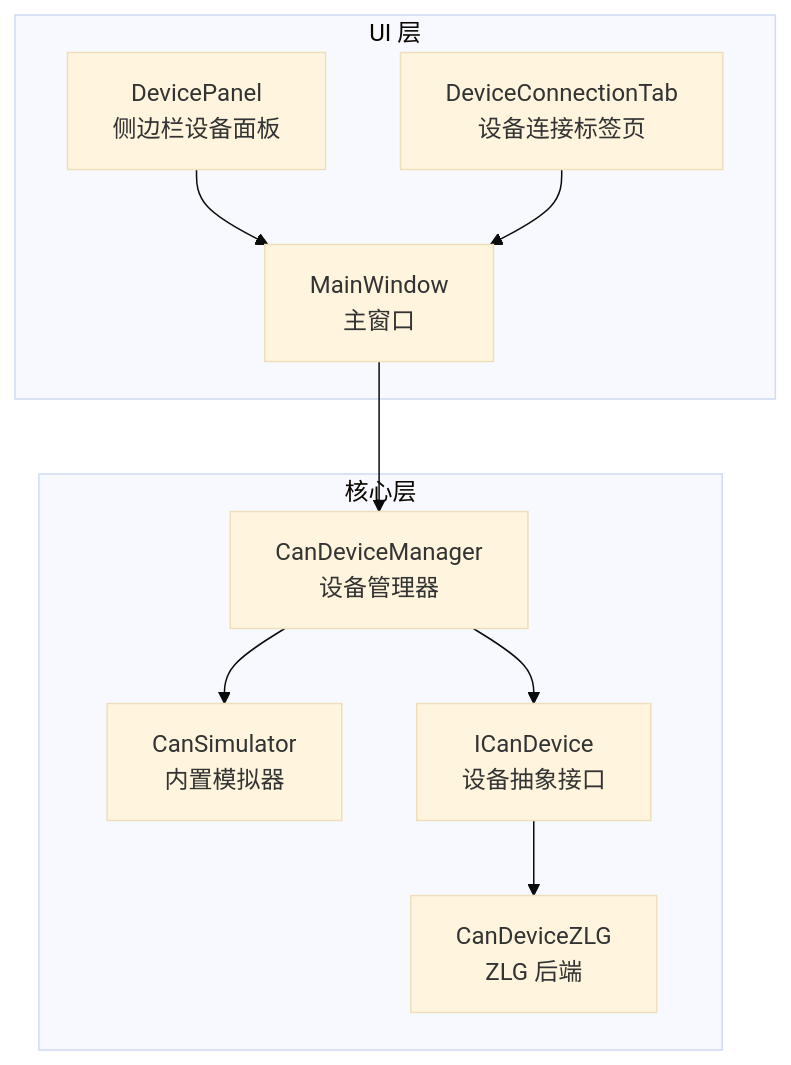
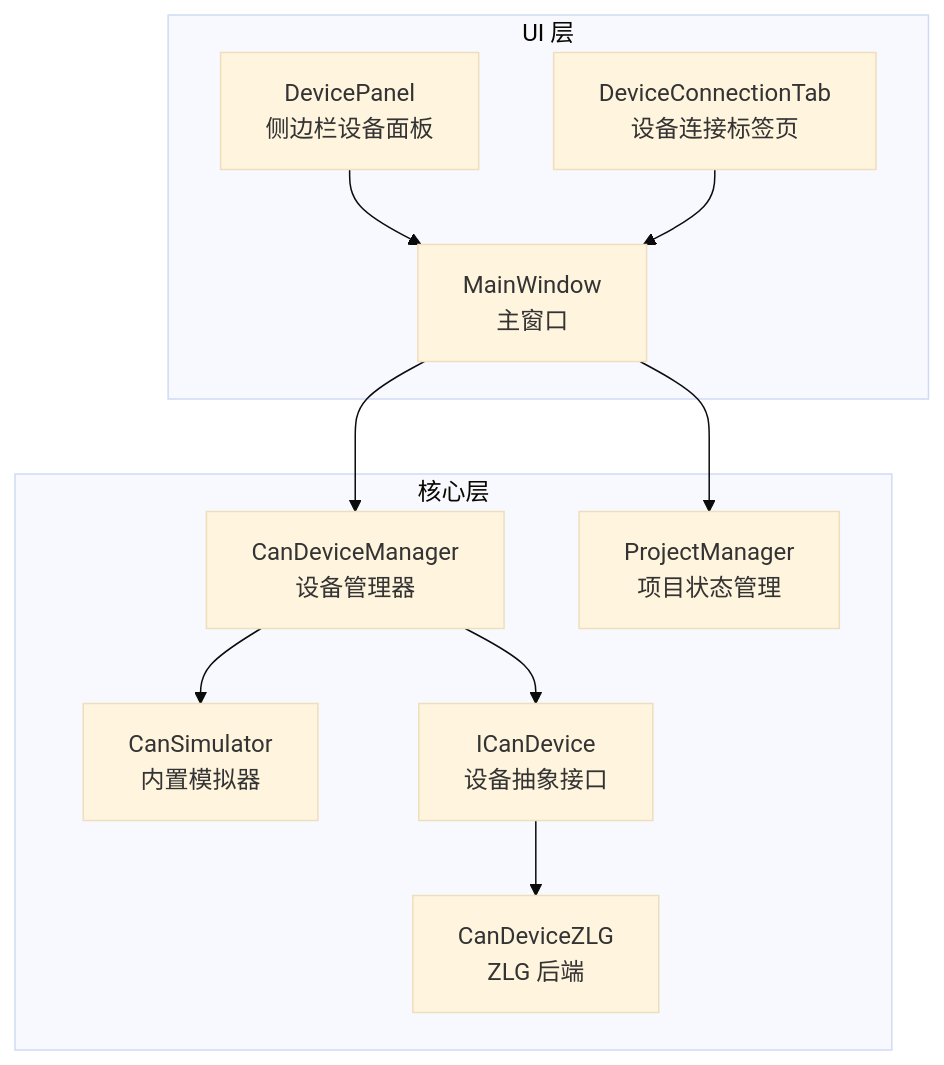
Before and after one commit to jakecai1225-design/OpenBus: the first of 5 diagrams in .qoder/repowiki/zh/content/架构设计/UI系统设计/设备连接界面.md, drawn with Mermaid (base theme). The commit also changed other lines of this file and 9 other files, not shown here.

````diff
--- a/.qoder/repowiki/zh/content/架构设计/UI系统设计/设备连接界面.md
+++ b/.qoder/repowiki/zh/content/架构设计/UI系统设计/设备连接界面.md
@@ -46,20 +49,22 @@
 ```mermaid
 graph TB
 subgraph "UI 层"
 DP["DevicePanel<br/>侧边栏设备面板"]
 DCT["DeviceConnectionTab<br/>设备连接标签页"]
 MW["MainWindow<br/>主窗口"]
 end
 subgraph "核心层"
 CDM["CanDeviceManager<br/>设备管理器"]
 SIM["CanSimulator<br/>内置模拟器"]
 IFACE["ICanDevice<br/>设备抽象接口"]
 ZLG["CanDeviceZLG<br/>ZLG 后端"]
+PM["ProjectManager<br/>项目状态管理"]
 end
 DP --> MW
 DCT --> MW
 MW --> CDM
+MW --> PM
 CDM --> SIM
 CDM --> IFACE
 IFACE --> ZLG
 ```
````
